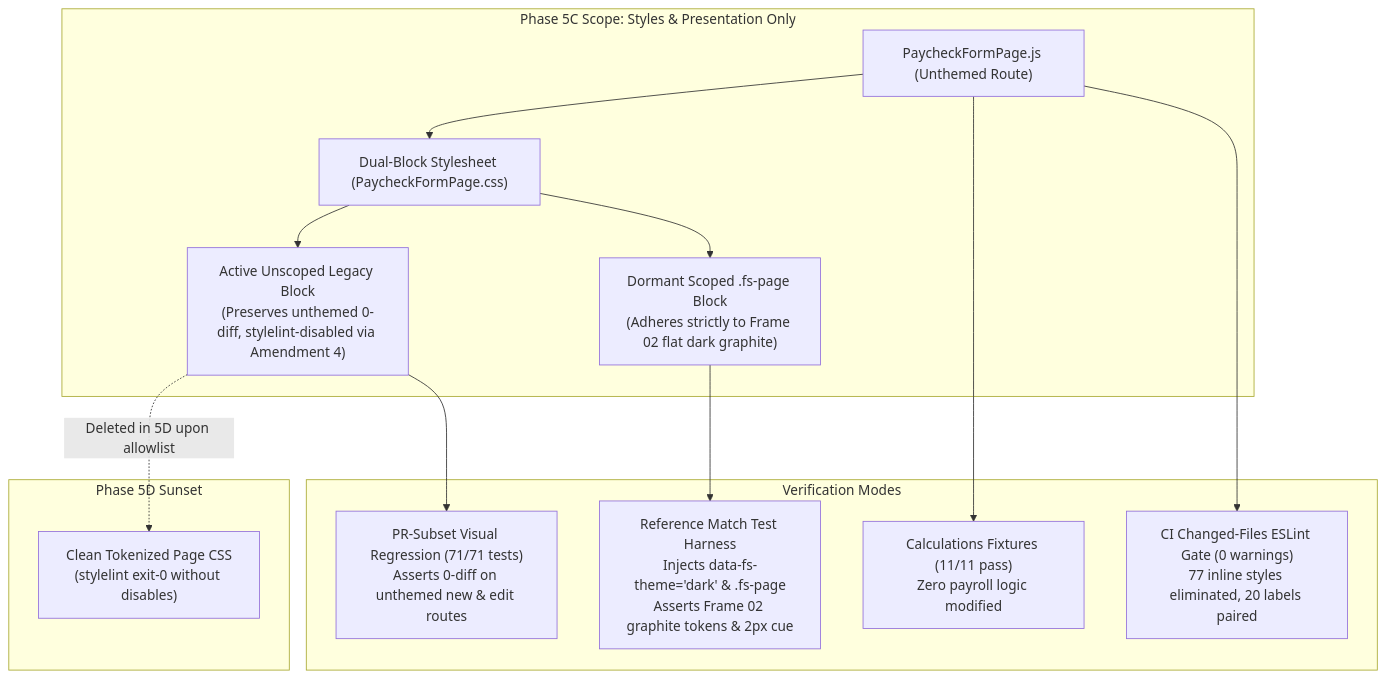
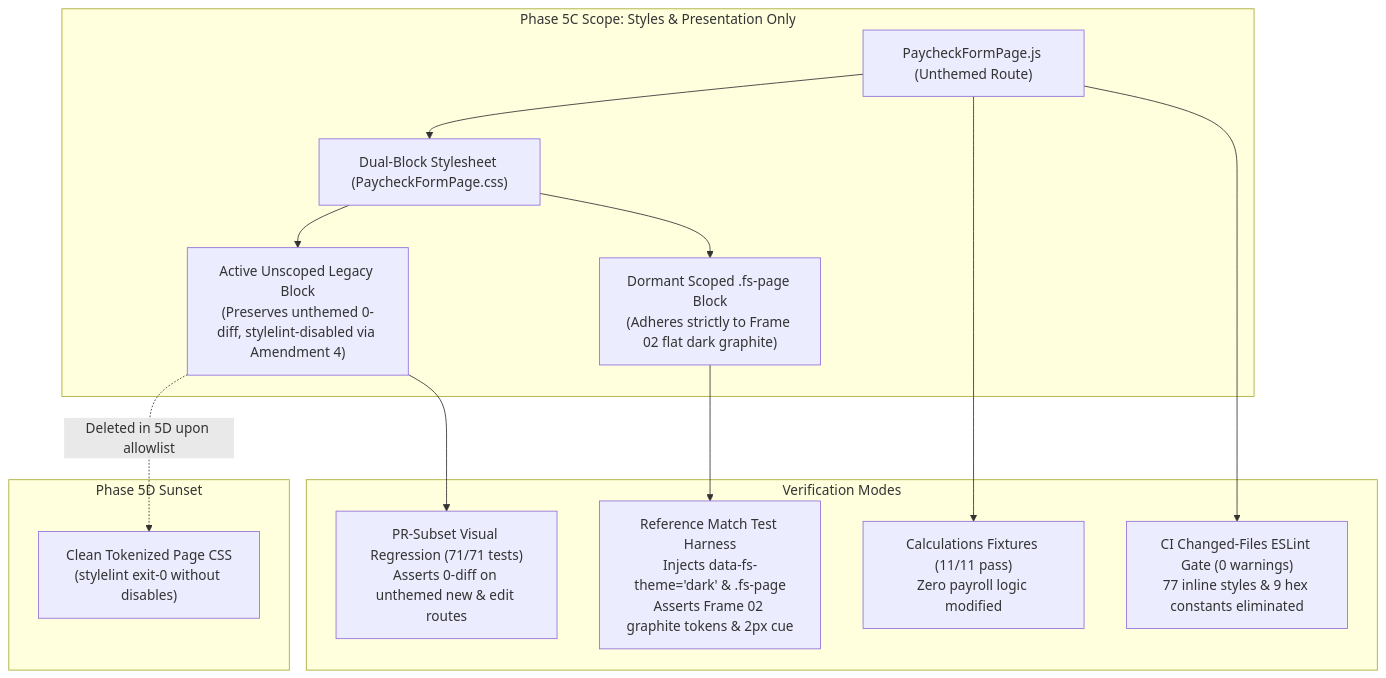
One commit to MAshrafM/FinStat changed the diagram in docs/ui-plans/phase_5c_implementation_plan.md. Above: the diagram before and after it, drawn with Mermaid. The commit also changed other lines of this file and 1 other file, not shown here.

````diff
--- a/docs/ui-plans/phase_5c_implementation_plan.md
+++ b/docs/ui-plans/phase_5c_implementation_plan.md
@@ -137,19 +143,19 @@
 ```mermaid
 graph TD
     subgraph Phase 5C Scope: Styles & Presentation Only
         A["PaycheckFormPage.js (Unthemed Route)"] --> B["Dual-Block Stylesheet (PaycheckFormPage.css)"]
         B --> C["Active Unscoped Legacy Block<br/>(Preserves unthemed 0-diff, stylelint-disabled via Amendment 4)"]
         B --> D["Dormant Scoped .fs-page Block<br/>(Adheres strictly to Frame 02 flat dark graphite)"]
     end
 
     subgraph Verification Modes
         C --> E["PR-Subset Visual Regression (71/71 tests)<br/>Asserts 0-diff on unthemed new & edit routes"]
         D --> F["Reference Match Test Harness<br/>Injects data-fs-theme='dark' & .fs-page<br/>Asserts Frame 02 graphite tokens & 2px cue"]
         A --> G["Calculations Fixtures (11/11 pass)<br/>Zero payroll logic modified"]
-        A --> H["CI Changed-Files ESLint Gate (0 warnings)<br/>77 inline styles eliminated, 20 labels paired"]
+        A --> H["CI Changed-Files ESLint Gate (0 warnings)<br/>77 inline styles & 9 hex constants eliminated"]
     end
 
     subgraph Phase 5D Sunset
         C -.->|Deleted in 5D upon allowlist| I["Clean Tokenized Page CSS<br/>(stylelint exit-0 without disables)"]
     end
 ```
````
